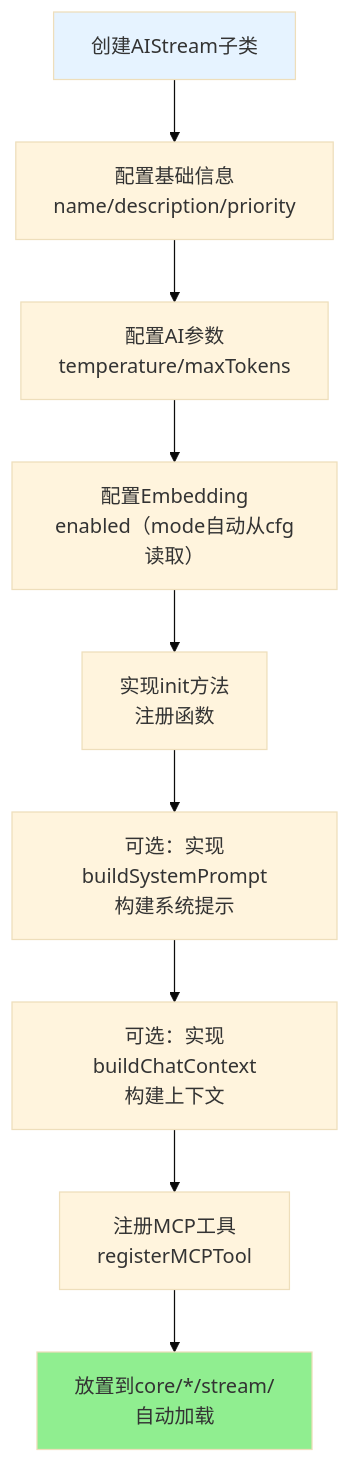
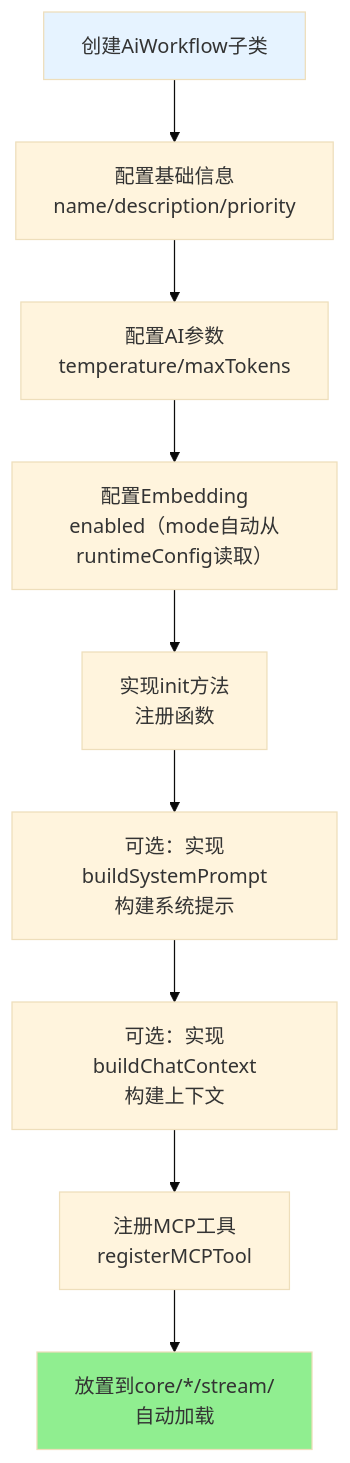
Before and after one commit to sunflowermm/XRK-AGT: the second of 8 diagrams in docs/框架可扩展性指南.md, drawn with Mermaid (base theme). The commit also changed other lines of this file and 315 other files, not shown here.

````diff
--- a/docs/框架可扩展性指南.md
+++ b/docs/框架可扩展性指南.md
@@ -396,14 +396,14 @@
 ```mermaid
 flowchart TB
-    A["创建AIStream子类"] --> B["配置基础信息<br/>name/description/priority"]
+    A["创建AiWorkflow子类"] --> B["配置基础信息<br/>name/description/priority"]
     B --> C["配置AI参数<br/>temperature/maxTokens"]
-    C --> D["配置Embedding<br/>enabled（mode自动从cfg读取）"]
+    C --> D["配置Embedding<br/>enabled（mode自动从runtimeConfig读取）"]
     D --> E["实现init方法<br/>注册函数"]
     E --> F["可选：实现buildSystemPrompt<br/>构建系统提示"]
     F --> G["可选：实现buildChatContext<br/>构建上下文"]
     G --> H["注册MCP工具<br/>registerMCPTool"]
     H --> I["放置到core/*/stream/<br/>自动加载"]
     
     style A fill:#E6F3FF
     style I fill:#90EE90
 ```
````
